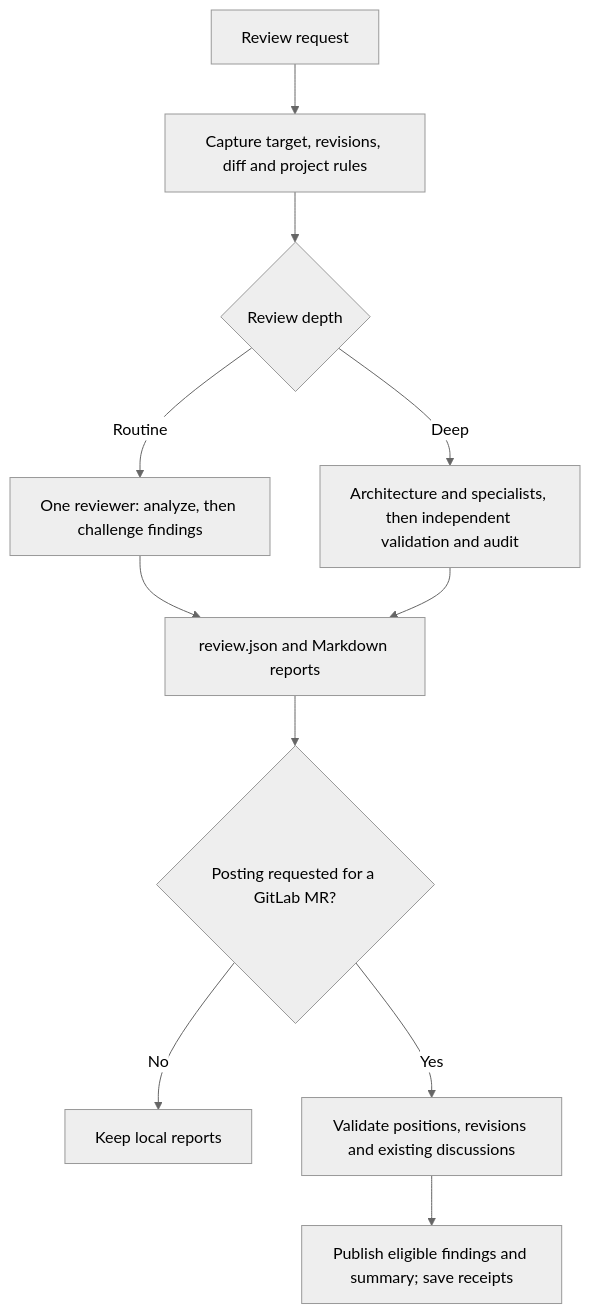
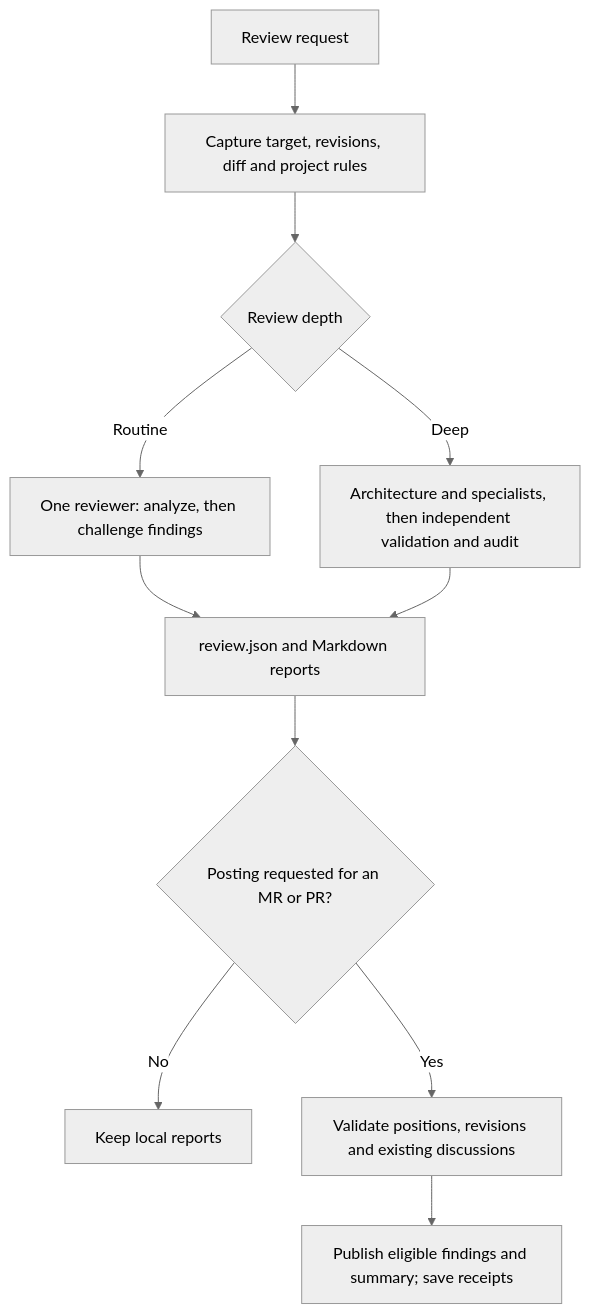
One commit to NoSugarCoffee/dotai changed the diagram in skills/code/review-workflow/README.md. Above: the diagram before and after it, drawn with Mermaid (neutral theme). The commit also changed other lines of this file and 18 other files, not shown here.

````diff
--- a/skills/code/review-workflow/README.md
+++ b/skills/code/review-workflow/README.md
@@ -17,13 +17,13 @@
 ```mermaid
 flowchart TD
     Request["Review request"] --> Scope["Capture target, revisions, diff and project rules"]
     Scope --> Mode{"Review depth"}
     Mode -->|Routine| Routine["One reviewer: analyze, then challenge findings"]
     Mode -->|Deep| Deep["Architecture and specialists, then independent validation and audit"]
     Routine --> Report["review.json and Markdown reports"]
     Deep --> Report
-    Report --> Destination{"Posting requested for a GitLab MR?"}
+    Report --> Destination{"Posting requested for an MR or PR?"}
     Destination -->|No| Local["Keep local reports"]
     Destination -->|Yes| Plan["Validate positions, revisions and existing discussions"]
     Plan --> Publish["Publish eligible findings and summary; save receipts"]
 ```
````
